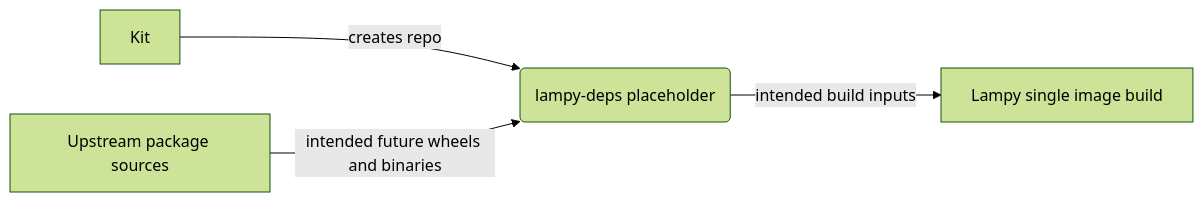
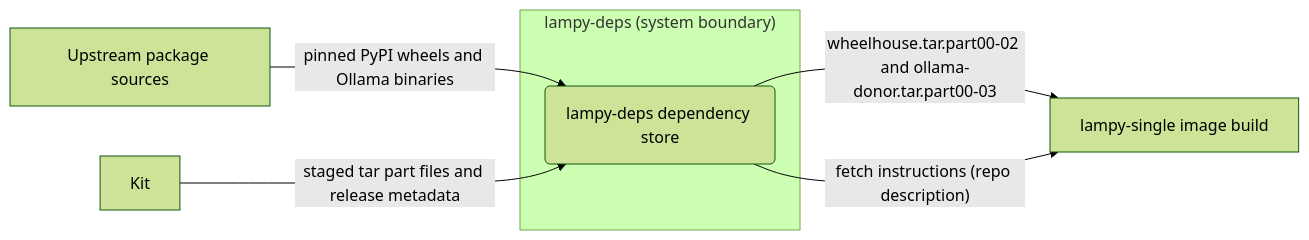
Before and after one commit to cosbykit-afk/lampy-deps: the first of 3 diagrams in docs/architecture.md, drawn with Mermaid (forest theme). The commit also changed other lines of this file, not shown here.

Commit message:
docs: improve architecture diagrams — grounded context, DFD, and ERD

````diff
--- a/docs/architecture.md
+++ b/docs/architecture.md
@@ -11,11 +9,15 @@
 ```mermaid
 flowchart LR
     E1["Kit"]
-    S0("lampy-deps placeholder")
-    E2["Lampy single image build"]
+    E2["lampy-single image build"]
     E3["Upstream package sources"]
 
-    E1 -->|"creates repo"| S0
-    E3 -->|"intended future wheels and binaries"| S0
-    S0 -->|"intended build inputs"| E2
+    subgraph SYS["lampy-deps (system boundary)"]
+        S0("lampy-deps dependency store")
+    end
+
+    E3 -->|"pinned PyPI wheels and Ollama binaries"| S0
+    E1 -->|"staged tar part files and release metadata"| S0
+    S0 -->|"wheelhouse.tar.part00-02 and ollama-donor.tar.part00-03"| E2
+    S0 -->|"fetch instructions (repo description)"| E2
 ```
````
